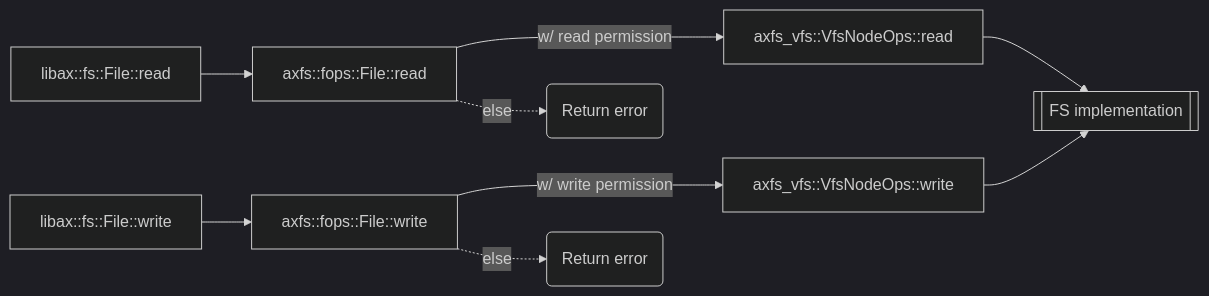
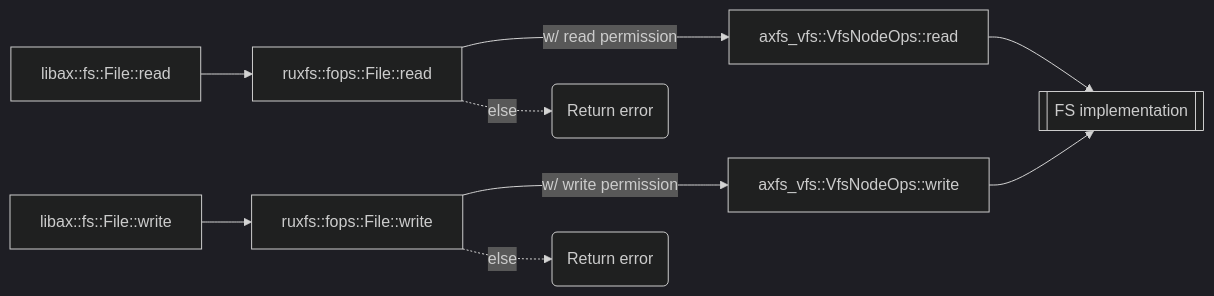
Before and after one commit to syswonder/ruxos: the fourth of 8 diagrams in doc/apps_fs_shell.md, drawn with Mermaid (dark theme). The commit also changed other lines of this file and 854 other files, not shown here.

````diff
--- a/doc/apps_fs_shell.md
+++ b/doc/apps_fs_shell.md
@@ -242,13 +242,13 @@
 ```mermaid
 graph LR
   lib_read[libax::fs::File::read] --> fops_read
-  fops_read[axfs::fops::File::read] ---> |w/ read permission| vfs_read_at
+  fops_read[ruxfs::fops::File::read] ---> |w/ read permission| vfs_read_at
   vfs_read_at[axfs_vfs::VfsNodeOps::read] --> fs_impl[[FS implementation]]
 
 	lib_write[libax::fs::File::write] --> fops_write
-  fops_write[axfs::fops::File::write] ---> |w/ write permission| vfs_write_at
+  fops_write[ruxfs::fops::File::write] ---> |w/ write permission| vfs_write_at
   vfs_write_at[axfs_vfs::VfsNodeOps::write] --> fs_impl[[FS implementation]]
 
   fops_read -.-> |else| err1(Return error)
   fops_write -.-> |else| err(Return error)
 ```
````
